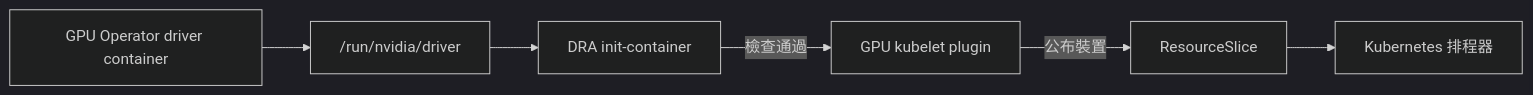
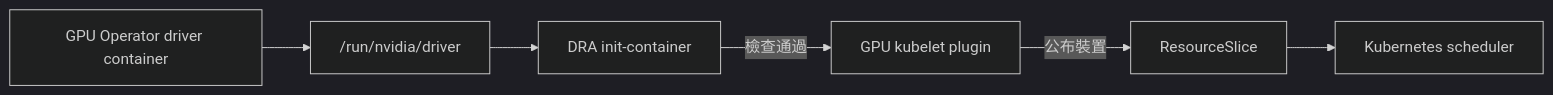
Before and after one commit to Daniel77871/dra-gpu-sharing-in-practice: the diagram in book/02-deploy/dra-driver.md, drawn with Mermaid (dark theme). The commit also changed other lines of this file and 80 other files, not shown here.

````diff
--- a/book/02-deploy/dra-driver.md
+++ b/book/02-deploy/dra-driver.md
@@ -11,8 +11,8 @@
 ```mermaid
 flowchart LR
     D["GPU Operator driver container"] --> R["/run/nvidia/driver"]
     R --> I["DRA init-container"]
     I -->|"檢查通過"| P["GPU kubelet plugin"]
     P -->|"公布裝置"| S["ResourceSlice"]
-    S --> K["Kubernetes 排程器"]
+    S --> K["Kubernetes scheduler"]
 ```
````
